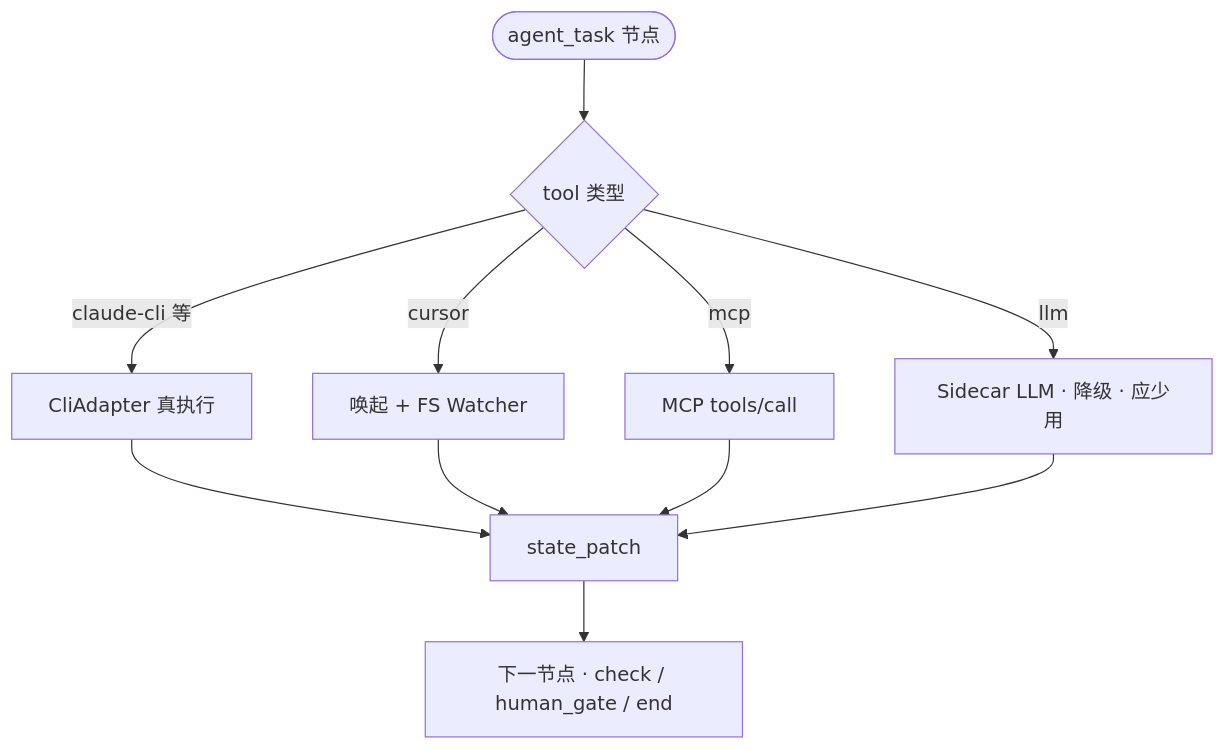
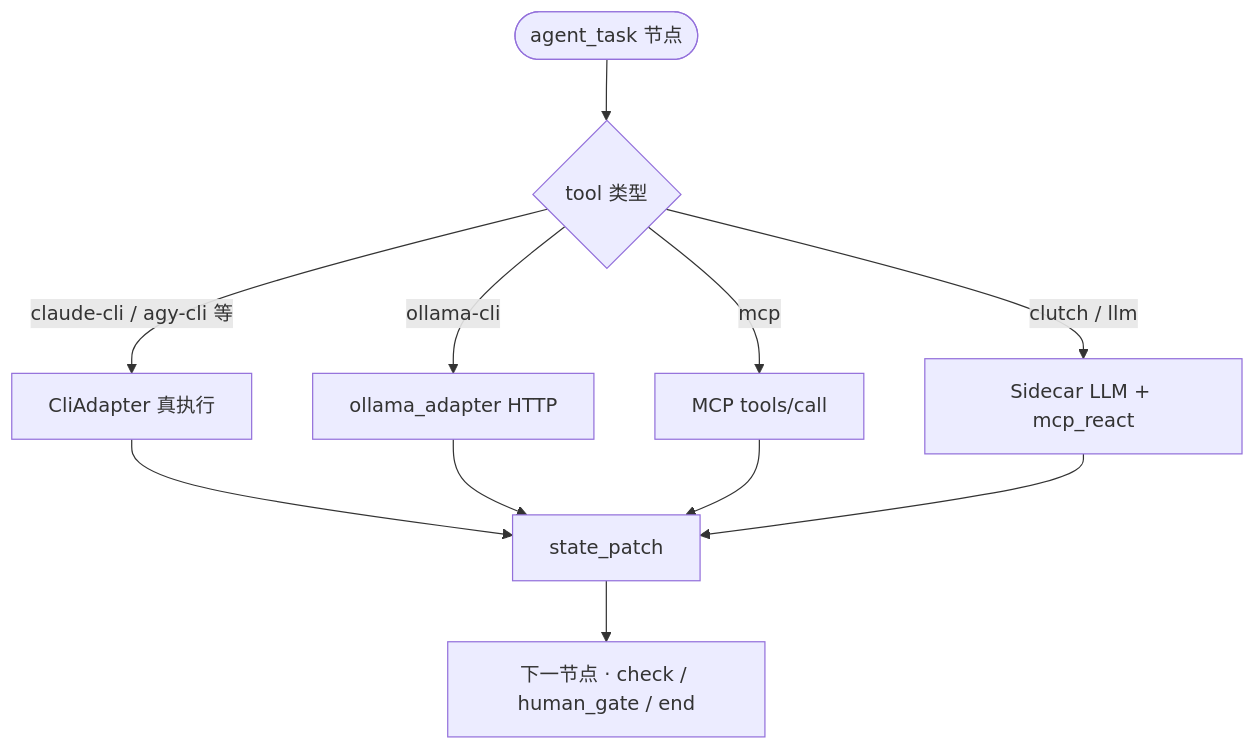
The fourth of 6 diagrams in docs/research/orchestrator-optimization-pool.md (fancy1108/Clutch), drawn with Mermaid before and after one commit. The commit also changed 40 other files, not shown here.

````diff
--- a/docs/research/orchestrator-optimization-pool.md
+++ b/docs/research/orchestrator-optimization-pool.md
@@ -346,11 +346,11 @@
 ```mermaid
 flowchart TD
     Node([agent_task 节点]) --> Branch{tool 类型}
-    Branch -->|claude-cli 等| ExecCLI[CliAdapter 真执行]
-    Branch -->|cursor| ExecCur[唤起 + FS Watcher]
+    Branch -->|claude-cli / agy-cli 等| ExecCLI[CliAdapter 真执行]
+    Branch -->|ollama-cli| ExecOllama[ollama_adapter HTTP]
     Branch -->|mcp| ExecMCP[MCP tools/call]
-    Branch -->|llm| ExecLLM[Sidecar LLM · 降级 · 应少用]
+    Branch -->|clutch / llm| ExecLLM[Sidecar LLM + mcp_react]
 
-    ExecCLI & ExecCur & ExecMCP & ExecLLM --> Patch[state_patch]
+    ExecCLI & ExecOllama & ExecMCP & ExecLLM --> Patch[state_patch]
     Patch --> Next[下一节点 · check / human_gate / end]
 ```
````
